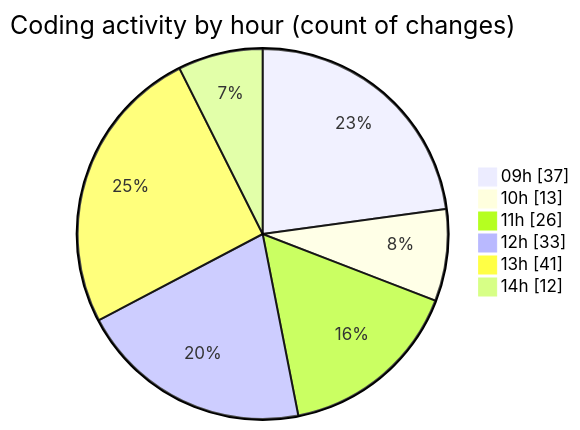
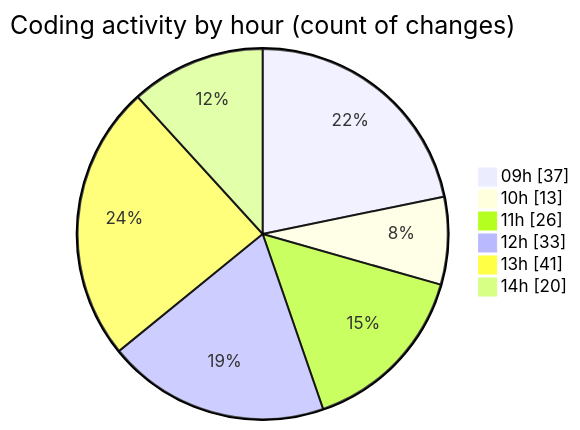
One commit to momahboobian/code-tracking changed the second of 2 diagrams in 2026-04-23/cda/README.md. Above: the diagram before and after it, drawn with Mermaid. The commit also changed other lines of this file and 1 other file, not shown here.

````diff
--- a/2026-04-23/cda/README.md
+++ b/2026-04-23/cda/README.md
@@ -53,10 +53,10 @@
 ```mermaid
 pie showData
 title Coding activity by hour (count of changes)
 "09h" : 37
 "10h" : 13
 "11h" : 26
 "12h" : 33
 "13h" : 41
-"14h" : 12
+"14h" : 20
 ```
````
